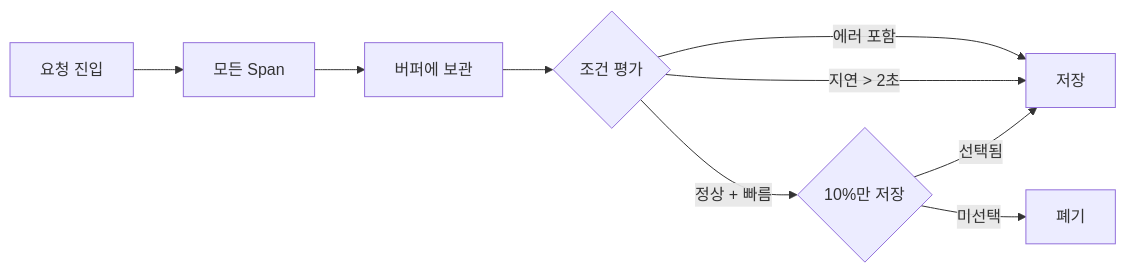
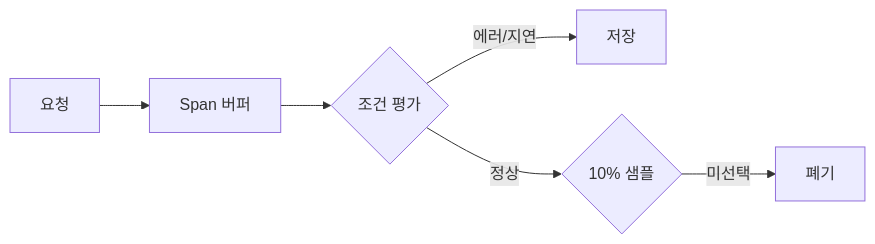
Before and after one commit to yjkim2015/yjkim2015.github.io: the seventh of 7 diagrams in _posts/monitoring/2026-05-03-distributed-tracing.md, drawn with Mermaid. The commit also changed other lines of this file and 163 other files, not shown here.

First line of the commit message:
Mermaid 300개 블록 내용 축소: 5노드 5엣지 이하, 의미 있는 약어

````diff
--- a/_posts/monitoring/2026-05-03-distributed-tracing.md
+++ b/_posts/monitoring/2026-05-03-distributed-tracing.md
@@ -425,11 +421,8 @@
 ```mermaid
 graph LR
-    REQ["요청 진입"] --> COLLECT["모든 Span"]
-    COLLECT --> BUFFER["버퍼에 보관"]
+    REQ["요청"] --> BUFFER["Span 버퍼"]
     BUFFER --> EVAL{"조건 평가"}
-    EVAL -->|"에러 포함"| KEEP["저장"]
-    EVAL -->|"지연 > 2초"| KEEP
-    EVAL -->|"정상 + 빠름"| SAMPLE{"10%만 저장"}
-    SAMPLE -->|"선택됨"| KEEP
-    SAMPLE -->|"미선택"| DROP["폐기"]
+    EVAL -->|에러/지연| KEEP["저장"]
+    EVAL -->|정상| SAMPLE{"10% 샘플"}
+    SAMPLE -->|미선택| DROP["폐기"]
 ```
````
